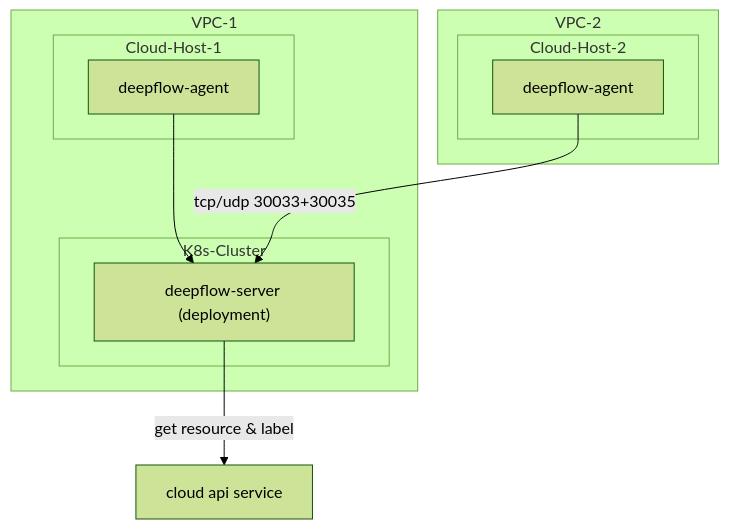
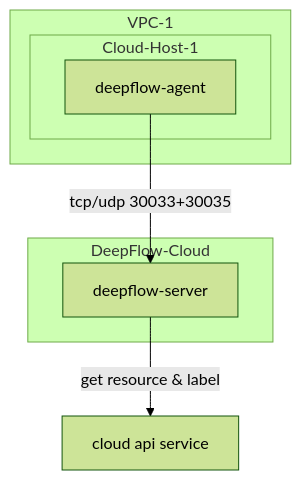
Before and after one commit to deepflowio/docs: the diagram in docs/zh/03-ee-install/01-saas/02-cloud-host.md, drawn with Mermaid (forest theme). The commit also changed other lines of this file and 3 other files, not shown here.

````diff
--- a/docs/zh/03-ee-install/01-saas/02-cloud-host.md
+++ b/docs/zh/03-ee-install/01-saas/02-cloud-host.md
@@ -12,23 +12,17 @@
 ```mermaid
 flowchart TD
 
+subgraph DeepFlow-Cloud
+  DeepFlowServer["deepflow-server"]
+end
+
+
 subgraph VPC-1
-  subgraph K8s-Cluster
-    DeepFlowServer["deepflow-server (deployment)"]
-  end
-
   subgraph Cloud-Host-1
     DeepFlowAgent1[deepflow-agent]
-    DeepFlowAgent1 --> DeepFlowServer
-  end
-end
-
-subgraph VPC-2
-  subgraph Cloud-Host-2
-    DeepFlowAgent2[deepflow-agent]
-    DeepFlowAgent2 -->|"tcp/udp 30033+30035"| DeepFlowServer
+    DeepFlowAgent1 -->|"tcp/udp 30033+30035"| DeepFlowServer
   end
 end
 
 DeepFlowServer -->|"get resource & label"| CloudAPI[cloud api service]
 ```
````
